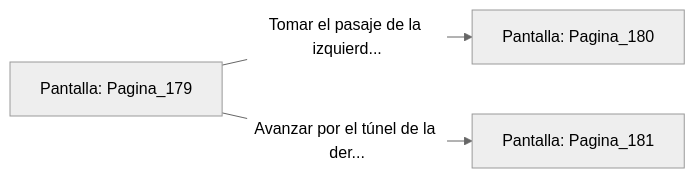
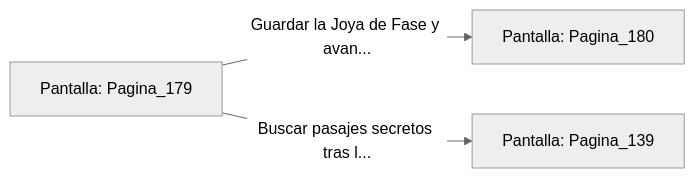
One commit to metsuke/mpl changed the diagram in sample/eligejuego-vault/Pantalla_Pagina_179.md. Above: the diagram before and after it, drawn with Mermaid (neutral theme). The commit also changed other lines of this file and 635 other files, not shown here.

First line of the commit message:
fix: añadir Pagina_1 como pantalla inicial en capitulo_01.mpl

````diff
--- a/sample/eligejuego-vault/Pantalla_Pagina_179.md
+++ b/sample/eligejuego-vault/Pantalla_Pagina_179.md
@@ -20,6 +24,6 @@
 ```mermaid
 graph LR
     P_Pagina_179["Pantalla: Pagina_179"]
-    P_Pagina_179 -->|"Tomar el pasaje de la izquierd..."| P_Pagina_180["Pantalla: Pagina_180"]
-    P_Pagina_179 -->|"Avanzar por el túnel de la der..."| P_Pagina_181["Pantalla: Pagina_181"]
+    P_Pagina_179 -->|"Guardar la Joya de Fase y avan..."| P_Pagina_180["Pantalla: Pagina_180"]
+    P_Pagina_179 -->|"Buscar pasajes secretos tras l..."| P_Pagina_139["Pantalla: Pagina_139"]
 ```
````
